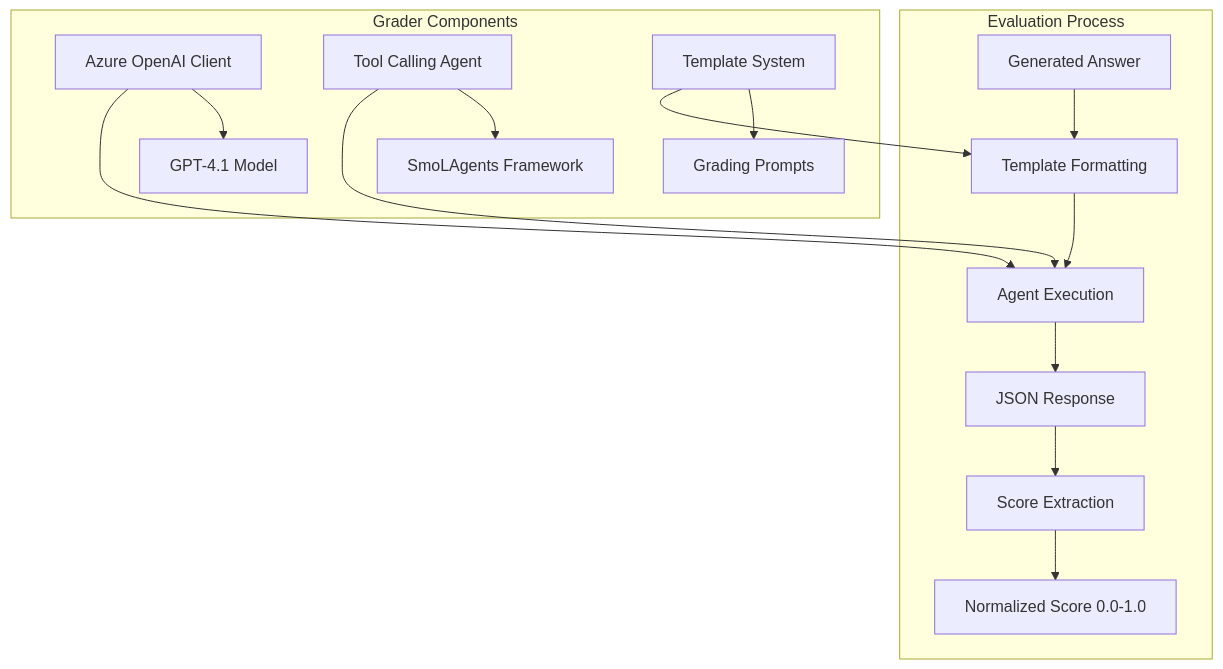
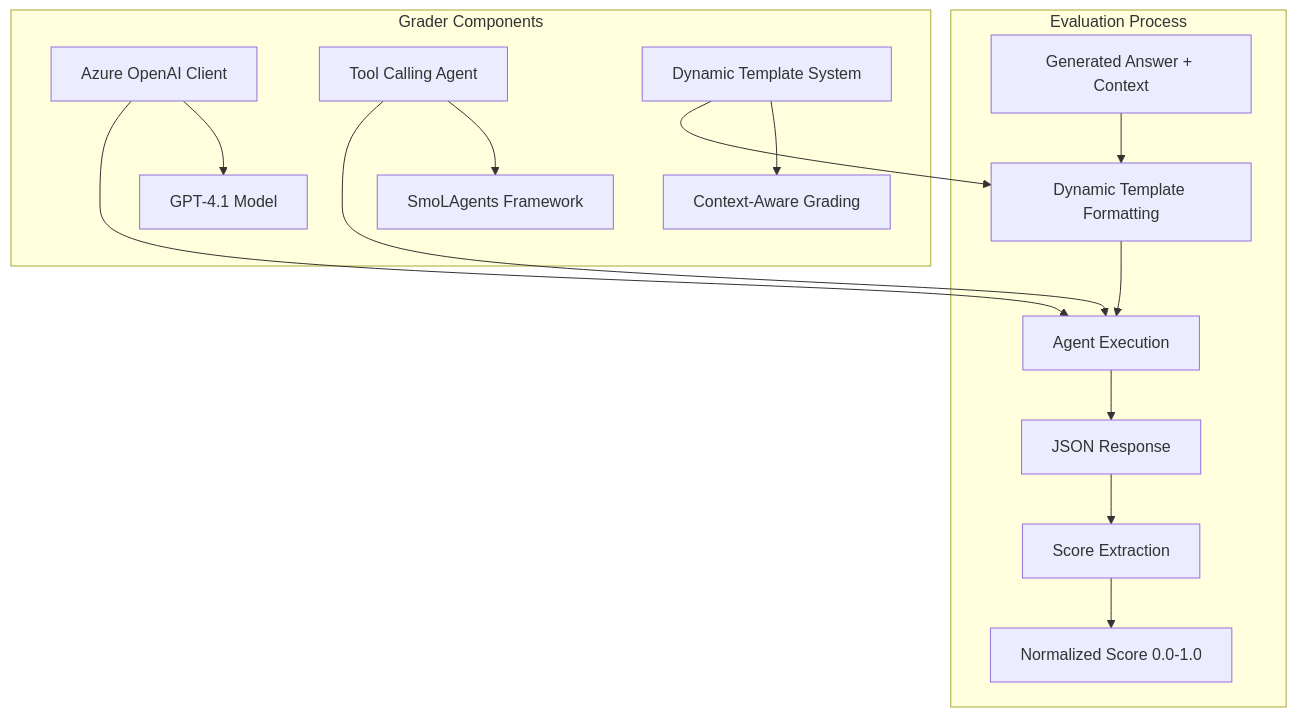
One commit to Psilocybin2K/qwen-rl changed the fourth of 12 diagrams in README.md. Above: the diagram before and after it, drawn with Mermaid. The commit also changed other lines of this file, not shown here.

````diff
--- a/README.md
+++ b/README.md
@@ -218,20 +237,20 @@
 ```mermaid
 graph TB
     subgraph "Grader Components"
         A[Azure OpenAI Client] --> B[GPT-4.1 Model]
         C[Tool Calling Agent] --> D[SmoLAgents Framework]
-        E[Template System] --> F[Grading Prompts]
+        E[Dynamic Template System] --> F[Context-Aware Grading]
     end
     
     subgraph "Evaluation Process"
-        G[Generated Answer] --> H[Template Formatting]
+        G[Generated Answer + Context] --> H[Dynamic Template Formatting]
         H --> I[Agent Execution]
         I --> J[JSON Response]
         J --> K[Score Extraction]
         K --> L[Normalized Score 0.0-1.0]
     end
     
     A --> I
     C --> I
     E --> H
 ```
````
